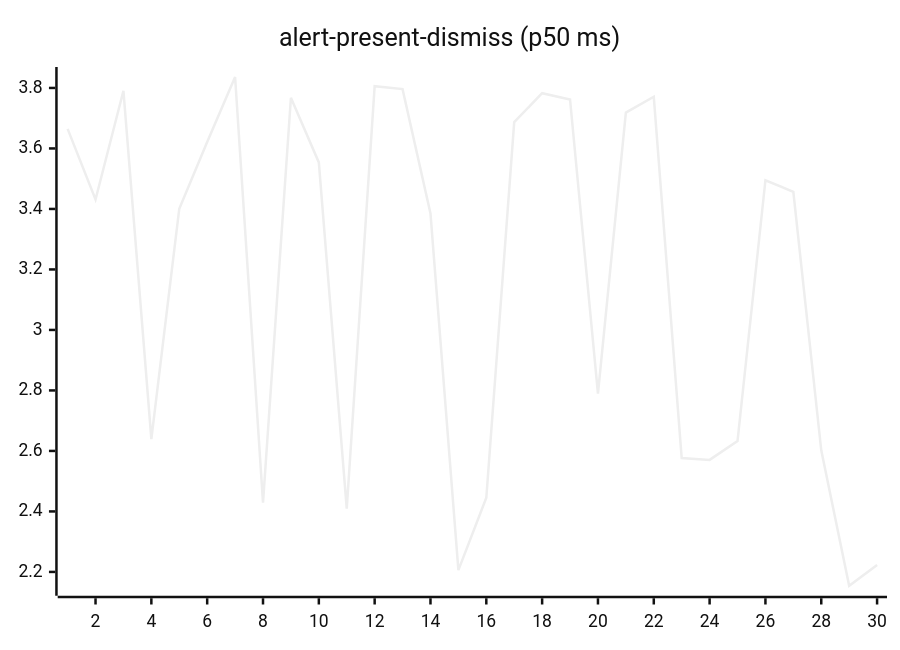
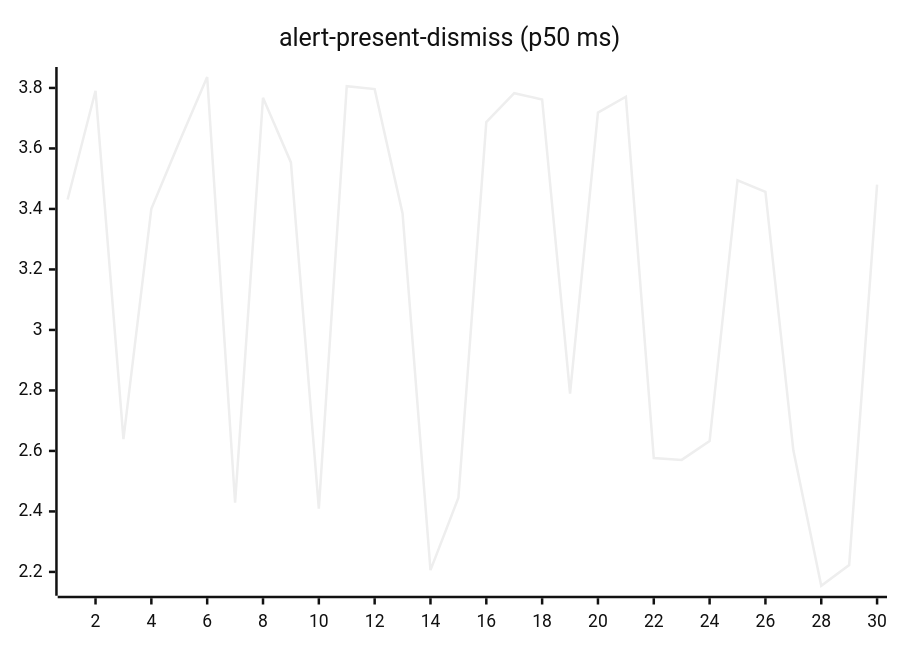
One commit to josha/Facet changed the second of 27 diagrams in README.md. Above: the diagram before and after it, drawn with Mermaid (neutral theme). The commit also changed other lines of this file and 2 other files, not shown here.

````diff
--- a/README.md
+++ b/README.md
@@ -70,6 +70,6 @@
 ```mermaid
 xychart-beta
     title "alert-present-dismiss (p50 ms)"
     x-axis 1 --> 30
-    line [3.6648, 3.4312, 3.7906, 2.6392, 3.4008, 3.6212, 3.8362, 2.4288, 3.7676, 3.5538, 2.4095, 3.8060, 3.7961, 3.3851, 2.2058, 2.4450, 3.6869, 3.7826, 3.7621, 2.7891, 3.7187, 3.7708, 2.5766, 2.5704, 2.6324, 3.4949, 3.4566, 2.6019, 2.1543, 2.2230]
+    line [3.4312, 3.7906, 2.6392, 3.4008, 3.6212, 3.8362, 2.4288, 3.7676, 3.5538, 2.4095, 3.8060, 3.7961, 3.3851, 2.2058, 2.4450, 3.6869, 3.7826, 3.7621, 2.7891, 3.7187, 3.7708, 2.5766, 2.5704, 2.6324, 3.4949, 3.4566, 2.6019, 2.1543, 2.2230, 3.4803]
 ```
````
